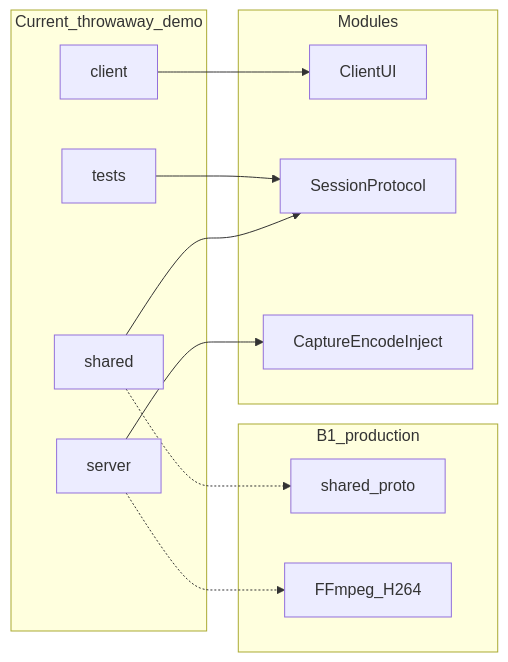
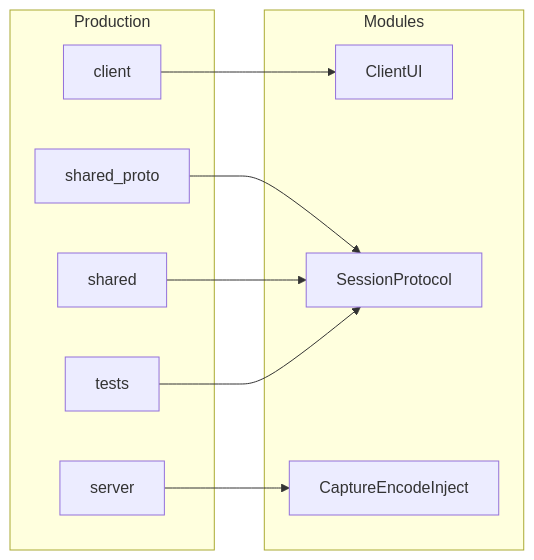
Before and after one commit to ArmaghanAsghar/TeamViewer: the diagram in .cursor/brain/CODEMAP.md, drawn with Mermaid. The commit also changed other lines of this file and 50 other files, not shown here.

````diff
--- a/.cursor/brain/CODEMAP.md
+++ b/.cursor/brain/CODEMAP.md
@@ -5,24 +5,20 @@
 ```mermaid
 flowchart LR
-  subgraph current [Current_throwaway_demo]
+  subgraph prod [Production]
     Client[client]
     Shared[shared]
+    Proto[shared_proto]
     Server[server]
     Tests[tests]
   end
   subgraph modules [Modules]
     UI[ClientUI]
-    Proto[SessionProtocol]
+    Sess[SessionProtocol]
     Host[CaptureEncodeInject]
   end
-  subgraph target [B1_production]
-    ProtoBuf[shared_proto]
-    Avcodec[FFmpeg_H264]
-  end
   Client --> UI
-  Shared --> Proto
+  Proto --> Sess
+  Shared --> Sess
   Server --> Host
-  Tests --> Proto
-  Shared -.-> ProtoBuf
-  Server -.-> Avcodec
+  Tests --> Sess
 ```
````
